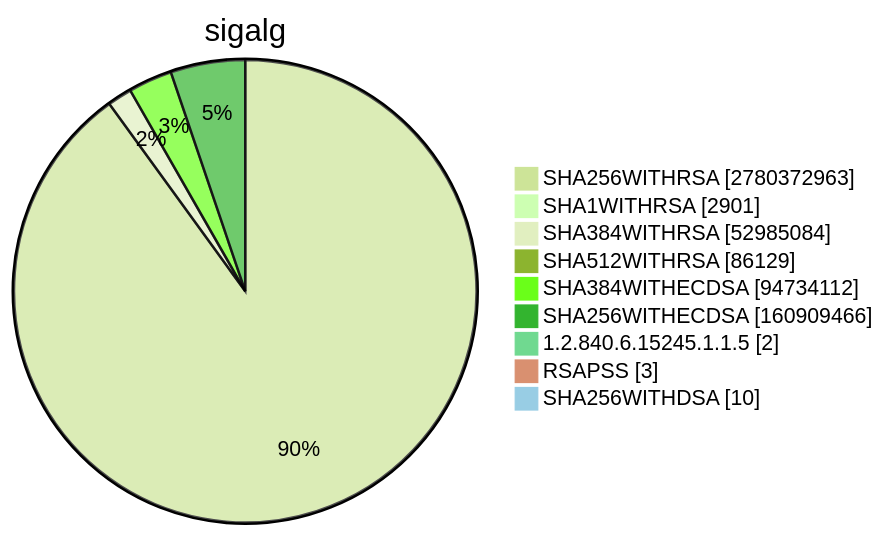
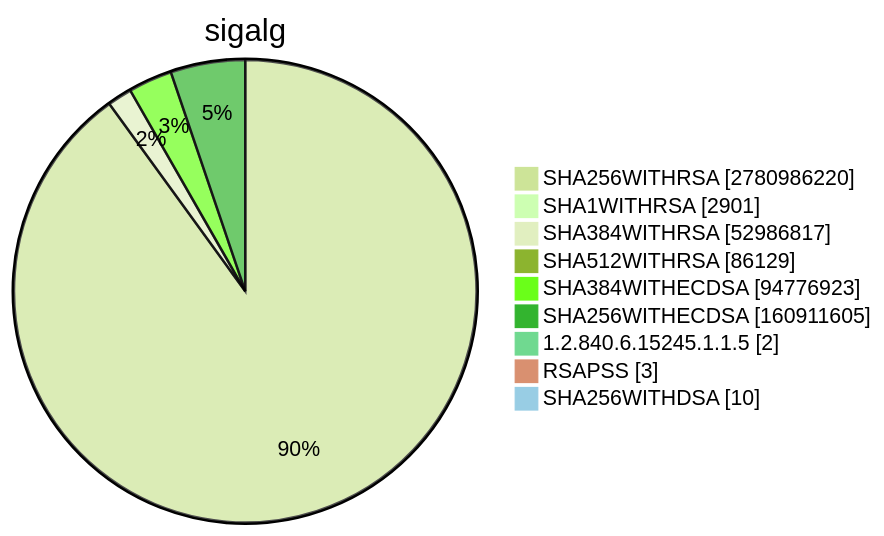
Diagram 15 of 15 in TOTAL/README.md (christiankrug/ctmonitor_visualization), drawn with Mermaid (forest theme) before and after one commit. The commit also changed other lines of this file, not shown here.

````diff
--- a/TOTAL/README.md
+++ b/TOTAL/README.md
@@ -6207,13 +6207,13 @@
 ```mermaid
 pie showData
 title sigalg
-"SHA256WITHRSA" :2780372963
+"SHA256WITHRSA" :2780986220
 "SHA1WITHRSA" :2901
-"SHA384WITHRSA" :52985084
+"SHA384WITHRSA" :52986817
 "SHA512WITHRSA" :86129
-"SHA384WITHECDSA" :94734112
-"SHA256WITHECDSA" :160909466
+"SHA384WITHECDSA" :94776923
+"SHA256WITHECDSA" :160911605
 "1.2.840.6.15245.1.1.5" :2
 "RSAPSS" :3
 "SHA256WITHDSA" :10
 ```
````
